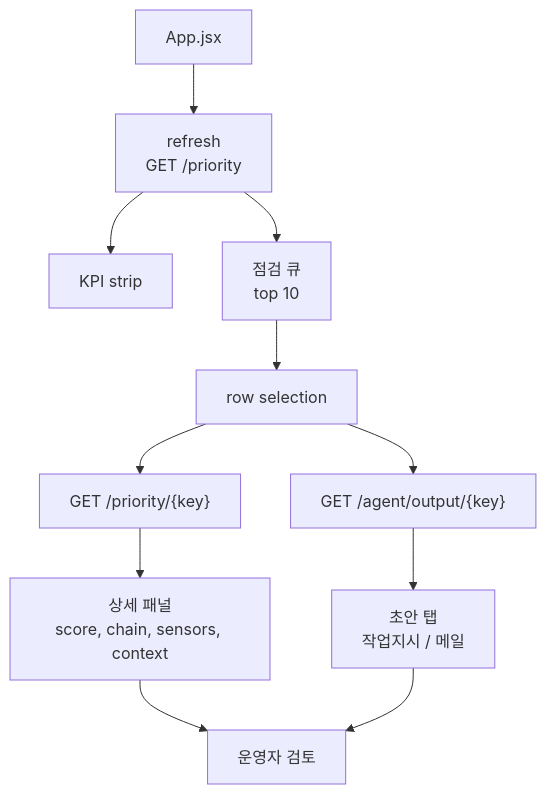
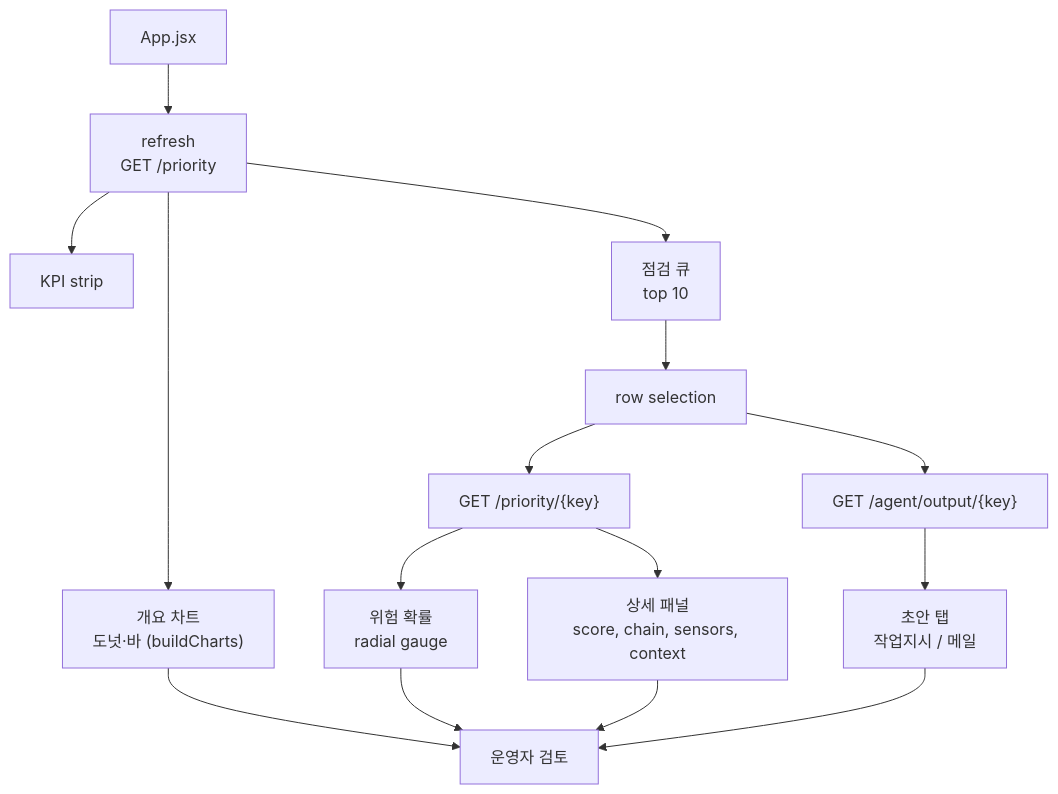
Before and after one commit to jiyang-lee/Heat_Grid_Agent: the diagram in docs/report/proto/06_frontend.md, drawn with Mermaid. The commit also changed other lines of this file and 4 other files, not shown here.

````diff
--- a/docs/report/proto/06_frontend.md
+++ b/docs/report/proto/06_frontend.md
@@ -64,13 +73,17 @@
 ```mermaid
 flowchart TD
   APP["App.jsx"] --> FETCH["refresh<br/>GET /priority"]
   FETCH --> KPIS["KPI strip"]
+  FETCH --> CHARTS["개요 차트<br/>도넛·바 (buildCharts)"]
   FETCH --> QUEUE["점검 큐<br/>top 10"]
   QUEUE --> SELECT["row selection"]
   SELECT --> DETAIL["GET /priority/{key}"]
   SELECT --> DRAFT["GET /agent/output/{key}"]
+  DETAIL --> GAUGE["위험 확률<br/>radial gauge"]
   DETAIL --> PANEL["상세 패널<br/>score, chain, sensors, context"]
   DRAFT --> TABS["초안 탭<br/>작업지시 / 메일"]
-  PANEL --> OP["운영자 검토"]
+  CHARTS --> OP["운영자 검토"]
+  GAUGE --> OP
+  PANEL --> OP
   TABS --> OP
 ```
````
